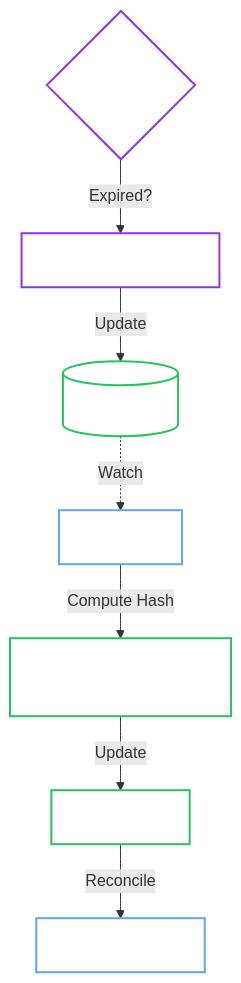
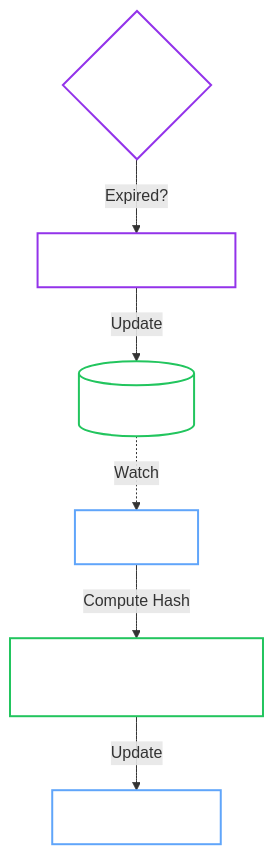
Before and after one commit to dc-tec/openbao-operator: the first of 2 diagrams in docs/architecture/cert-manager.md, drawn with Mermaid. The commit also changed other lines of this file and 48 other files, not shown here.

````diff
--- a/docs/architecture/cert-manager.md
+++ b/docs/architecture/cert-manager.md
@@ -26,19 +26,17 @@
 ```mermaid
 graph TD
     Check{Check Expiry} -->|Expired?| Generate[Generate New Cert]
     Generate -->|Update| Secret[("fa:fa-key TLS Secret")]
     
     Secret -.->|Watch| Operator
-    Operator -->|Compute Hash| Annotation["Pod Annotation\n(openbao.org/tls-hash)"]
-    Annotation -->|Update| StatefulSet
-    
-    StatefulSet -->|Reconcile| Pods[OpenBao Pods]
+    Operator -->|Compute Hash| Annotation["Pod Annotation\n(openbao.org/tls-cert-hash)"]
+    Annotation -->|Update| Pods[OpenBao Pods]
     
     classDef process fill:transparent,stroke:#9333ea,stroke-width:2px,color:#fff;
     classDef write fill:transparent,stroke:#22c55e,stroke-width:2px,color:#fff;
     classDef read fill:transparent,stroke:#60a5fa,stroke-width:2px,color:#fff;
     
     class Check,Generate process;
-    class Secret,Annotation,StatefulSet write;
+    class Secret,Annotation write;
     class Operator,Pods read;
 ```
````
